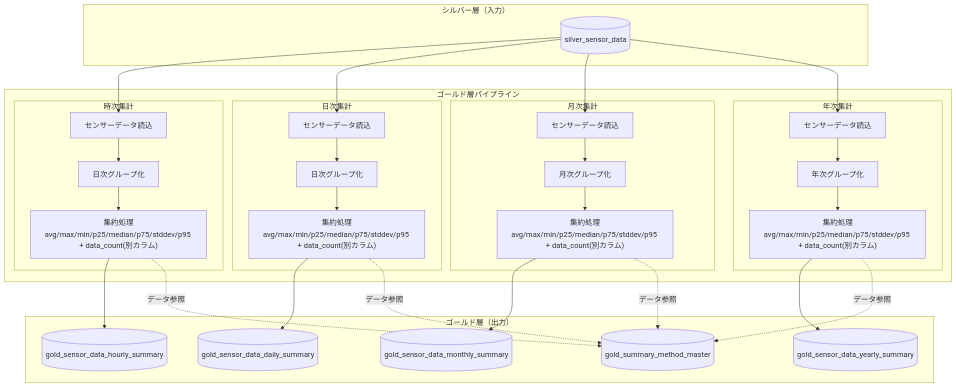
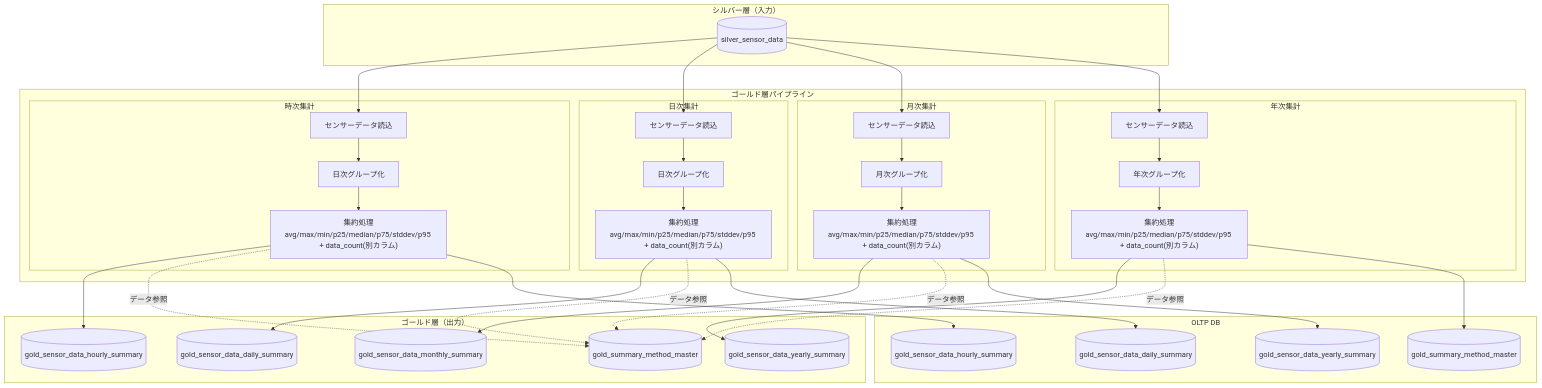
The diagram in docs/03-features/ldp-pipeline/gold_layer/README.md (NSW-SVCP-AIWG002/Databricks-IoT), drawn with Mermaid before and after one commit. The commit also changed other lines of this file and 4 other files, not shown here.

````diff
--- a/docs/03-features/ldp-pipeline/gold_layer/README.md
+++ b/docs/03-features/ldp-pipeline/gold_layer/README.md
@@ -151,56 +170,67 @@
 ```mermaid
 flowchart TB
     subgraph Silver["シルバー層（入力）"]
         SensorData[(silver_sensor_data)]
     end
 
     subgraph Pipeline["ゴールド層パイプライン"]
         subgraph Hourly["時次集計"]
             H_Read[センサーデータ読込]
             H_Group[日次グループ化]
             H_Agg["集約処理<br>avg/max/min/p25/median/p75/stddev/p95 + data_count(別カラム)"]
         end
 
         subgraph Daily["日次集計"]
             D_Read[センサーデータ読込]
             D_Group[日次グループ化]
             D_Agg["集約処理<br>avg/max/min/p25/median/p75/stddev/p95 + data_count(別カラム)"]
         end
 
         subgraph Monthly["月次集計"]
             M_Read[センサーデータ読込]
             M_Group[月次グループ化]
             M_Agg["集約処理<br>avg/max/min/p25/median/p75/stddev/p95 + data_count(別カラム)"]
         end
 
         subgraph Yearly["年次集計"]
             Y_Read[センサーデータ読込]
             Y_Group[年次グループ化]
             Y_Agg["集約処理<br>avg/max/min/p25/median/p75/stddev/p95 + data_count(別カラム)"]
         end
     end
 
     subgraph Gold["ゴールド層（出力）"]
         GoldHourly[(gold_sensor_data_hourly_summary)]
         GoldDaily[(gold_sensor_data_daily_summary)]
         GoldMonthly[(gold_sensor_data_monthly_summary)]
         GoldYearly[(gold_sensor_data_yearly_summary)]
         GoldMethod[(gold_summary_method_master)]
     end
 
+    subgraph OLTPGOLD["OLTP DB"]
+        OLTP_Hourly[(gold_sensor_data_hourly_summary)]
+        OLTP_Daily[(gold_sensor_data_daily_summary)]
+        OLTP_Monthly[(gold_sensor_data_yearly_summary)]
+        OLTP_Yearly[(gold_summary_method_master)]
+    end
+
     SensorData --> H_Read
     H_Read --> H_Group --> H_Agg --> GoldHourly
     H_Agg -.-> |データ参照| GoldMethod    
+    H_Agg --> OLTP_Hourly
 
     SensorData --> D_Read
     D_Read --> D_Group --> D_Agg --> GoldDaily
     D_Agg -.-> |データ参照| GoldMethod
+    D_Agg --> OLTP_Daily
 
     SensorData --> M_Read
     M_Read --> M_Group --> M_Agg --> GoldMonthly
     M_Agg -.-> |データ参照| GoldMethod
+    M_Agg --> OLTP_Monthly
     
     SensorData --> Y_Read
     Y_Read --> Y_Group --> Y_Agg --> GoldYearly
     Y_Agg -.-> |データ参照| GoldMethod
+    Y_Agg --> OLTP_Yearly
 ```
````
